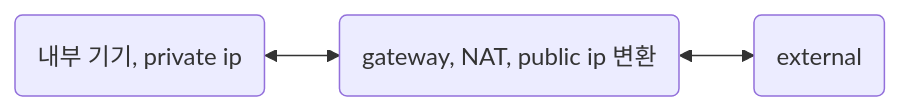
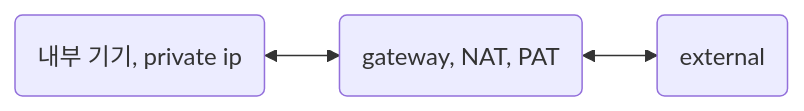
One commit to DarrenKwonDev/DarrenKwonDev.github.io changed the first of 2 diagrams in content/posts/2023-12-27_from-home-to-internet/index.md. Above: the diagram before and after it, drawn with Mermaid. The commit also changed other lines of this file and 1 other file, not shown here.

````diff
--- a/content/posts/2023-12-27_from-home-to-internet/index.md
+++ b/content/posts/2023-12-27_from-home-to-internet/index.md
@@ -28,5 +29,5 @@
 ```mermaid
 flowchart LR
 
-C(내부 기기, private ip) <--> B(gateway, NAT, public ip 변환) <--> A(external)
+C(내부 기기, private ip) <--> B(gateway, NAT, PAT) <--> A(external)
 ```
````
